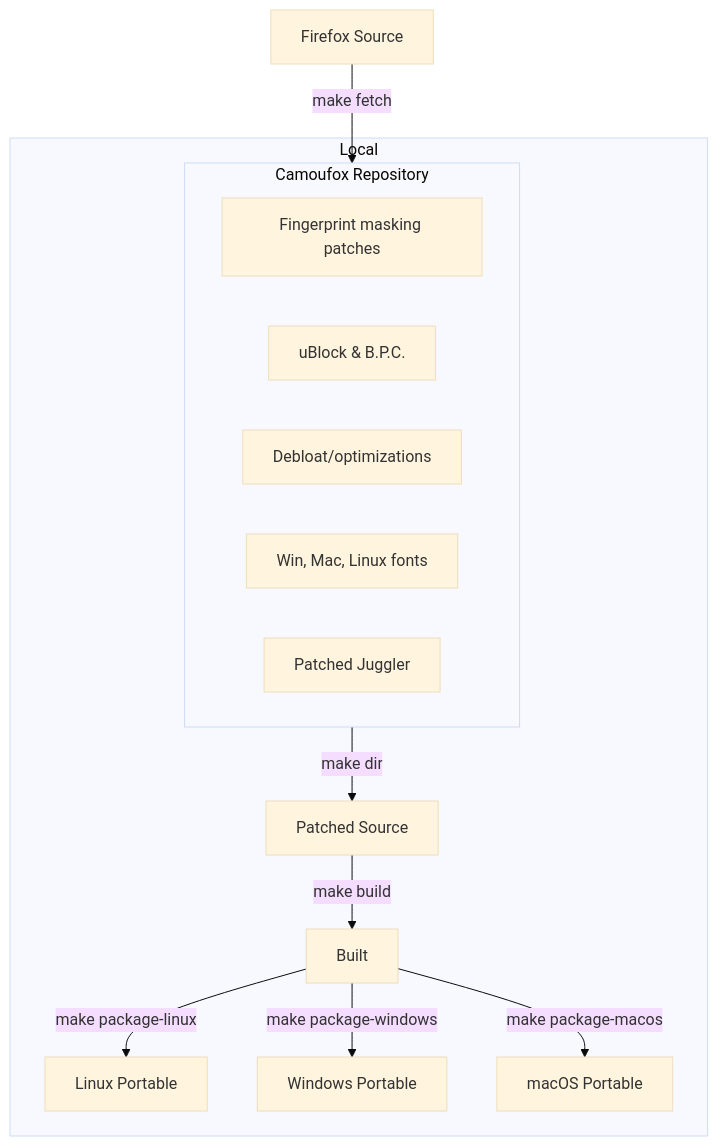
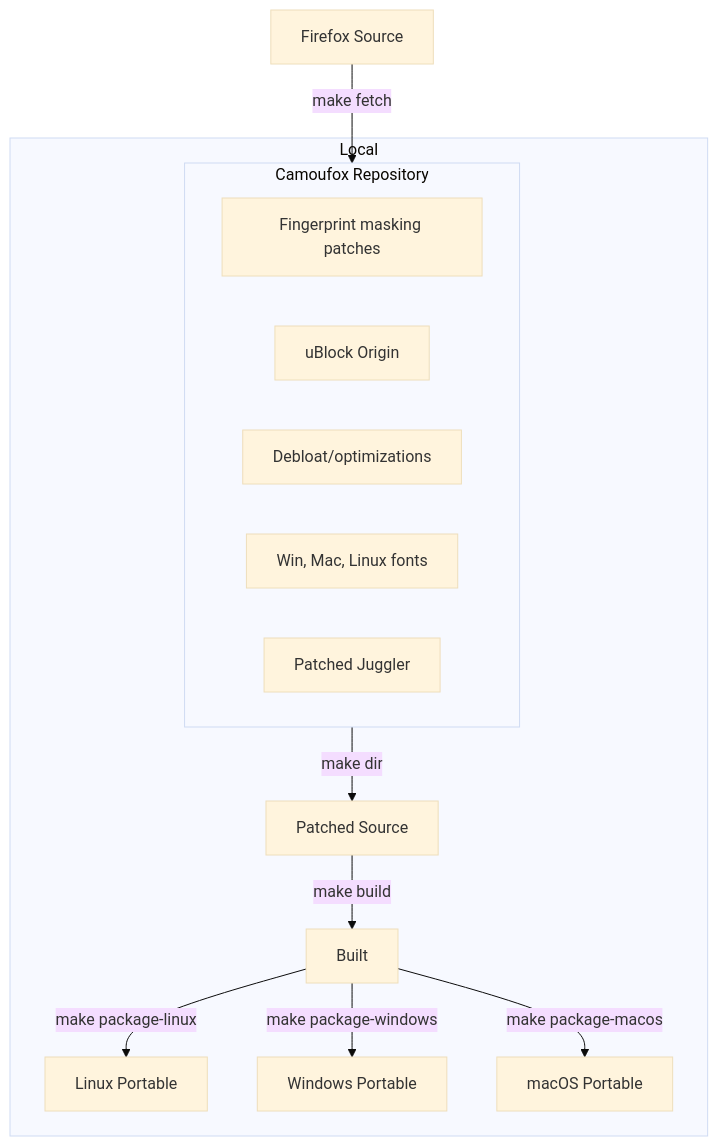
One commit to JWriter20/camoufox changed the first of 2 diagrams in README.md. Above: the diagram before and after it, drawn with Mermaid (base theme). The commit also changed other lines of this file and 25 other files, not shown here.

````diff
--- a/README.md
+++ b/README.md
@@ -580,20 +593,20 @@
 ```mermaid
 graph TD
     FFSRC[Firefox Source] -->|make fetch| REPO
 
     subgraph REPO[Camoufox Repository]
         PATCHES[Fingerprint masking patches]
-        ADDONS[uBlock & B.P.C.]
+        ADDONS[uBlock Origin]
         DEBLOAT[Debloat/optimizations]
         SYSTEM_FONTS[Win, Mac, Linux fonts]
         JUGGLER[Patched Juggler]
     end
 
     subgraph Local
     REPO -->|make dir| PATCH[Patched Source]
     PATCH -->|make build| BUILD[Built]
     BUILD -->|make package-linux| LINUX[Linux Portable]
     BUILD -->|make package-windows| WIN[Windows Portable]
     BUILD -->|make package-macos| MAC[macOS Portable]
     end
 ```
````
